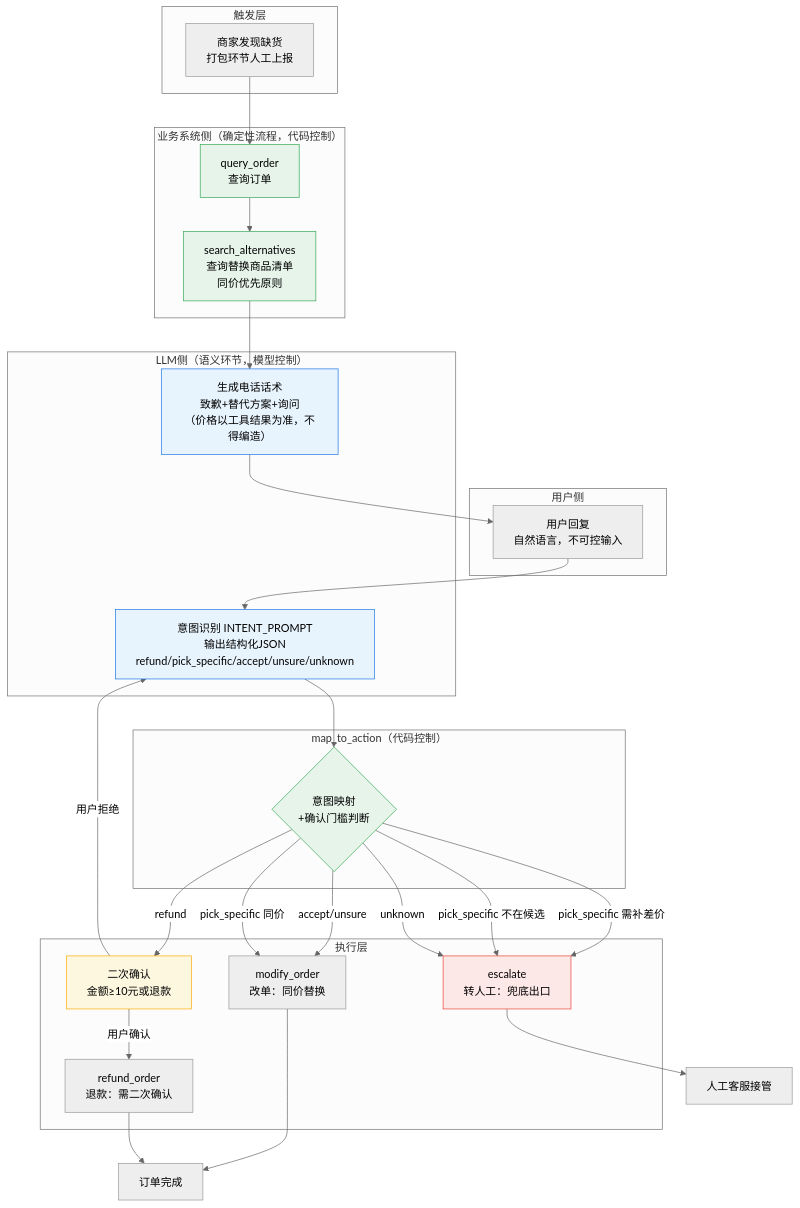
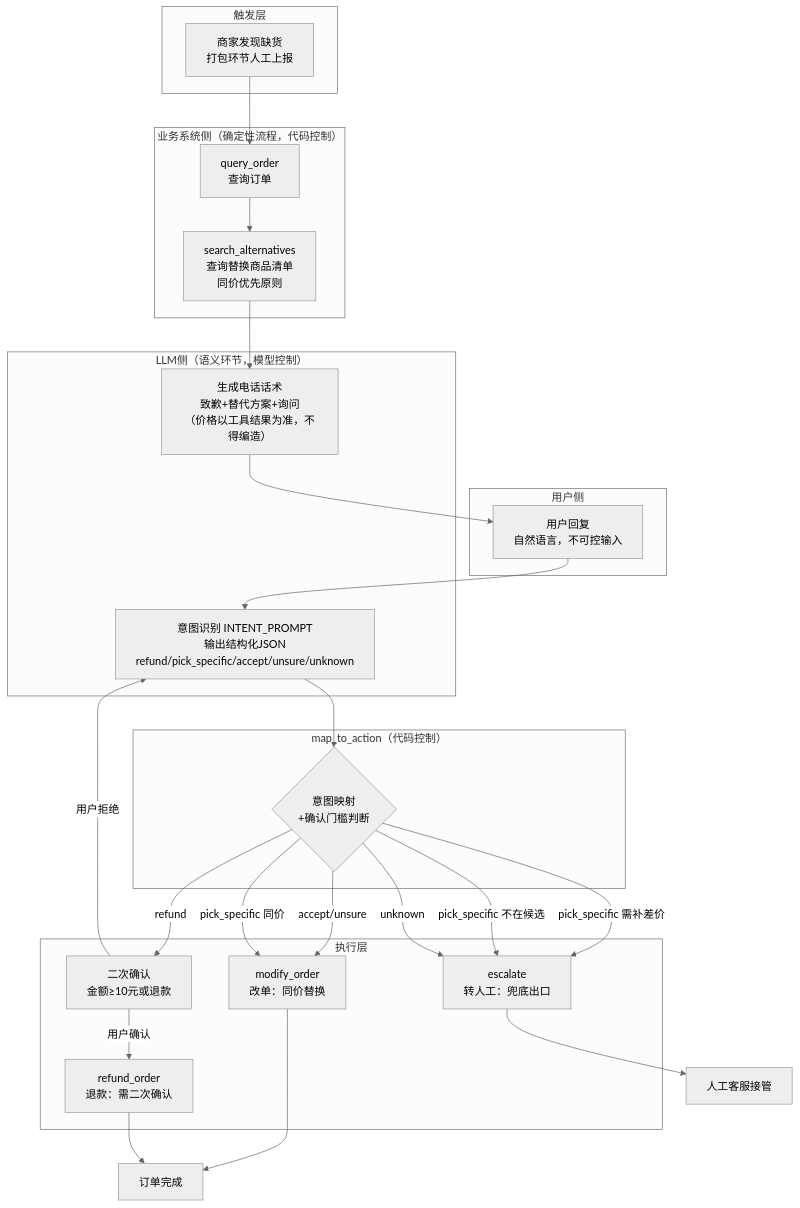
The diagram in README.md (gaohai12345678-afk/outofstock-agent), drawn with Mermaid (neutral theme) before and after one commit.

````diff
--- a/README.md
+++ b/README.md
@@ -12,53 +12,45 @@
 ```mermaid
 flowchart TD
     subgraph 触发层
         A[商家发现缺货<br/>打包环节人工上报]
     end
 
     subgraph 业务系统侧["业务系统侧（确定性流程，代码控制）"]
         B[query_order<br/>查询订单]
         C[search_alternatives<br/>查询替换商品清单<br/>同价优先原则]
     end
 
     subgraph LLM侧["LLM侧（语义环节，模型控制）"]
         D["生成电话话术<br/>致歉+替代方案+询问<br/>（价格以工具结果为准，不得编造）"]
         F["意图识别 INTENT_PROMPT<br/>输出结构化JSON<br/>refund/pick_specific/accept/unsure/unknown"]
     end
 
     subgraph 用户侧
         E[用户回复<br/>自然语言，不可控输入]
     end
 
     subgraph 决策层["map_to_action（代码控制）"]
         G{意图映射<br/>+确认门槛判断}
     end
 
     subgraph 执行层
         H[modify_order<br/>改单：同价替换]
         I[refund_order<br/>退款：需二次确认]
         J[escalate<br/>转人工：兜底出口]
         K[二次确认<br/>金额≥10元或退款]
     end
 
     A --> B --> C --> D --> E --> F
     F --> G
     G -->|accept/unsure| H
     G -->|pick_specific 同价| H
     G -->|pick_specific 需补差价| J
     G -->|pick_specific 不在候选| J
     G -->|refund| K
     K -->|用户确认| I
     K -->|用户拒绝| F
     G -->|unknown| J
     H --> L[订单完成]
     I --> L
     J --> M[人工客服接管]
-
-    style D fill:#e8f4fd,stroke:#1a73e8
-    style F fill:#e8f4fd,stroke:#1a73e8
-    style B fill:#e6f4ea,stroke:#34a853
-    style C fill:#e6f4ea,stroke:#34a853
-    style G fill:#e6f4ea,stroke:#34a853
-    style K fill:#fef7e0,stroke:#f9ab00
-    style J fill:#fce8e6,stroke:#ea4335
 ```
````
